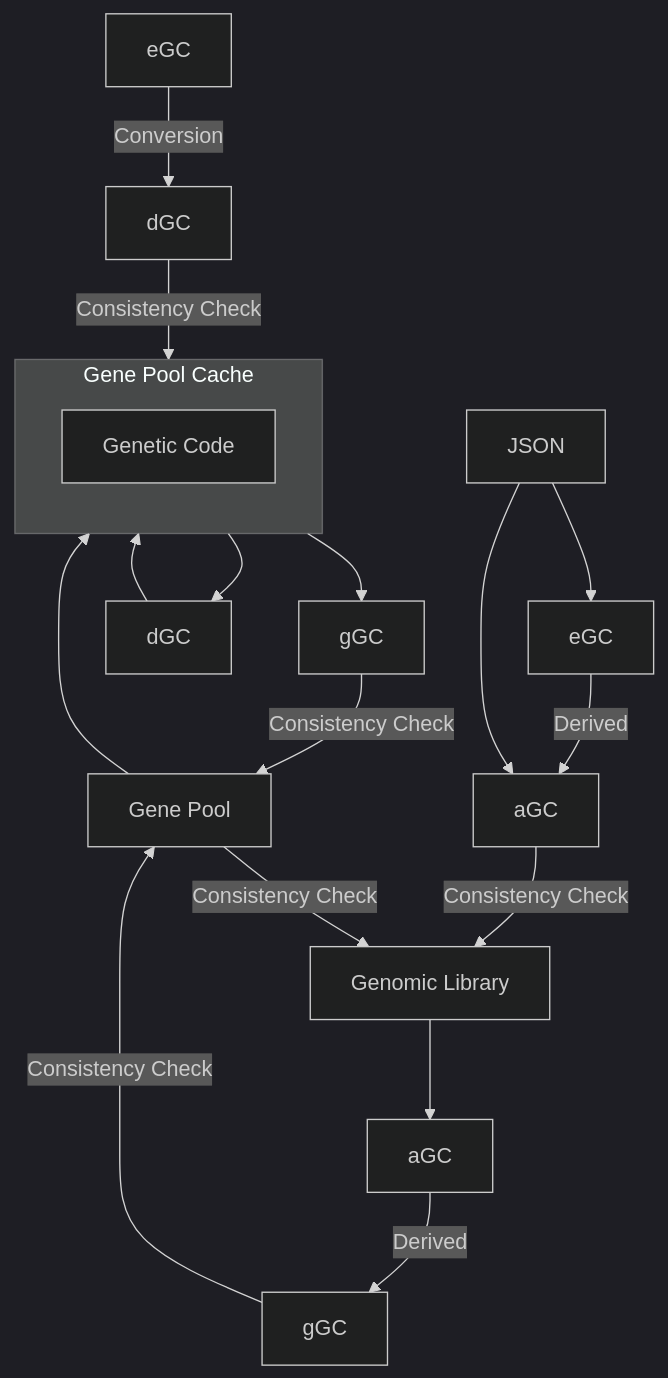
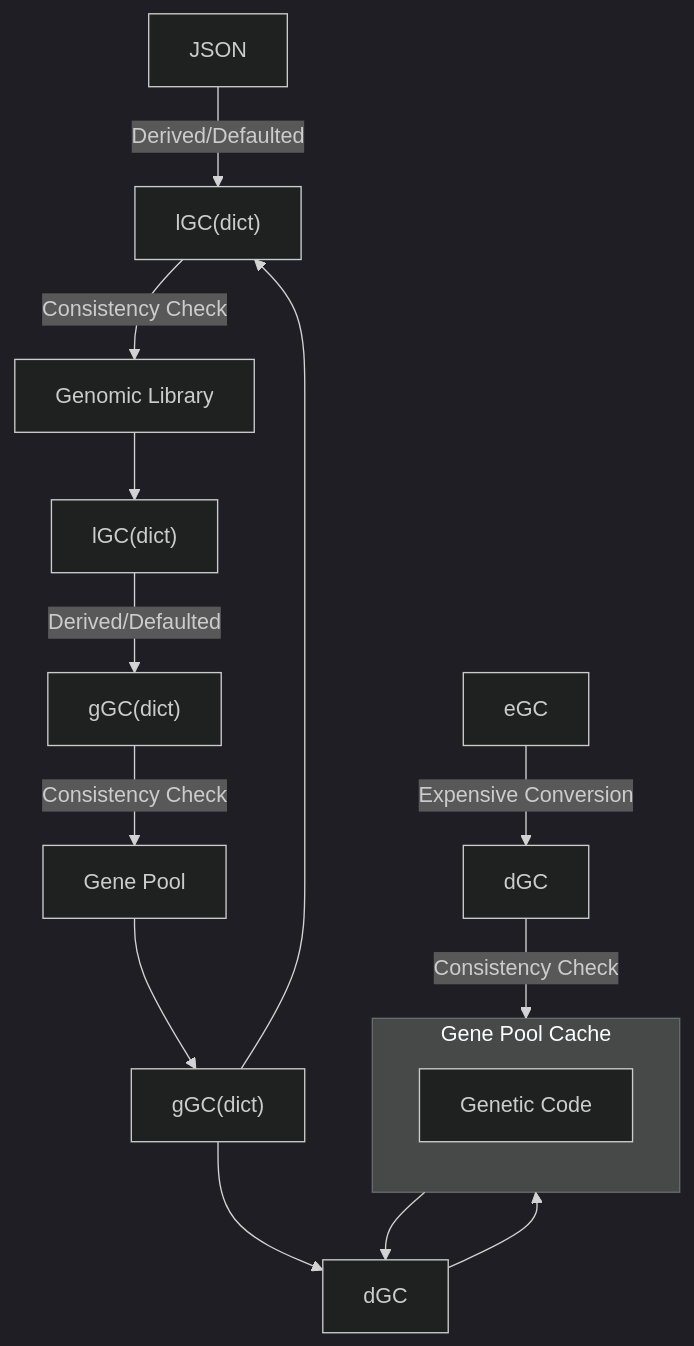
Before and after one commit to Shapedsundew9/egp-types: the first of 2 diagrams in egp_types/docs/gc_type_table.md, drawn with Mermaid (dark theme). The commit also changed other lines of this file and 31 other files, not shown here.

````diff
--- a/egp_types/docs/gc_type_table.md
+++ b/egp_types/docs/gc_type_table.md
@@ -3,24 +3,20 @@
 ```mermaid
 flowchart TD
     %% Shows the paths for GC type conversions in EGP
-    %% NOTE aGC is not necessarily a complete type for purpose
-    A[JSON] --> B1[eGC]
-    B1 --> |Derived| B2[aGC]
-    A --> B2
-    B2 --> |Consistency Check| C[Genomic Library]
-    C --> D[aGC]
-    D --> |Derived| E[gGC]
+    A[JSON] --> |Derived/Defaulted| B["lGC(dict)"]
+    B --> |Consistency Check| C[Genomic Library]
+    C --> D["lGC(dict)"]
+    D --> |Derived/Defaulted| E["gGC(dict)"]
     E --> |Consistency Check| F[Gene Pool]
     subgraph Gene Pool Cache
         direction TB
         G[Genetic Code]
     end
-    F --> G
+    H --> G
     G --> H[dGC]
-    H --> G
-    I[eGC] --> |Conversion| J[dGC]
+    L --> H
+    I[eGC] --> |Expensive Conversion| J[dGC]
     J --> |Consistency Check| G
-    G --> K[gGC]
-    K --> |Consistency Check| F
-    F --> |Consistency Check| C
+    F --> L["gGC(dict)"]
+    L --> B
 ```
````
